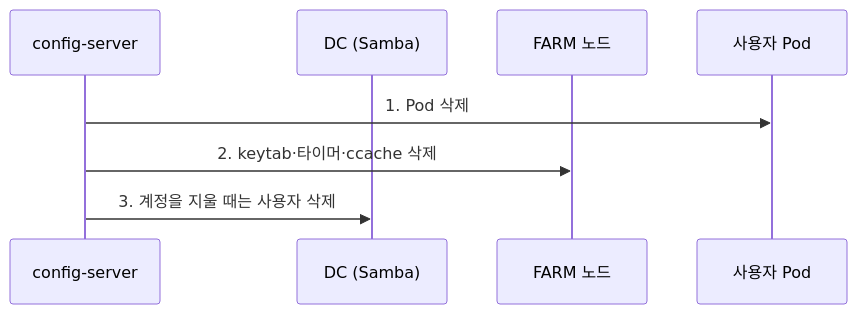
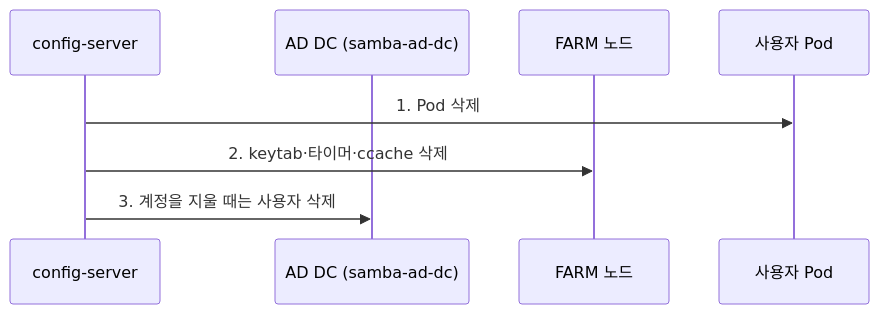
Before and after one commit to CSID-DGU/admin_wiki: the eighth of 10 diagrams in md/infra/design/Kerberos-AD-Samba.md, drawn with Mermaid. The commit also changed other lines of this file, not shown here.

Commit message:
docs: NAS svcgssd 시퀀스 다이어그램 추가

````diff
--- a/md/infra/design/Kerberos-AD-Samba.md
+++ b/md/infra/design/Kerberos-AD-Samba.md
@@ -373,11 +376,11 @@
 ```mermaid
 sequenceDiagram
     participant CS as config-server
-    participant DC as DC (Samba)
+    participant DC as AD DC (samba-ad-dc)
     participant N as FARM 노드
     participant P as 사용자 Pod
 
     CS->>P: 1. Pod 삭제
     CS->>N: 2. keytab·타이머·ccache 삭제
     CS->>DC: 3. 계정을 지울 때는 사용자 삭제
 ```
````
